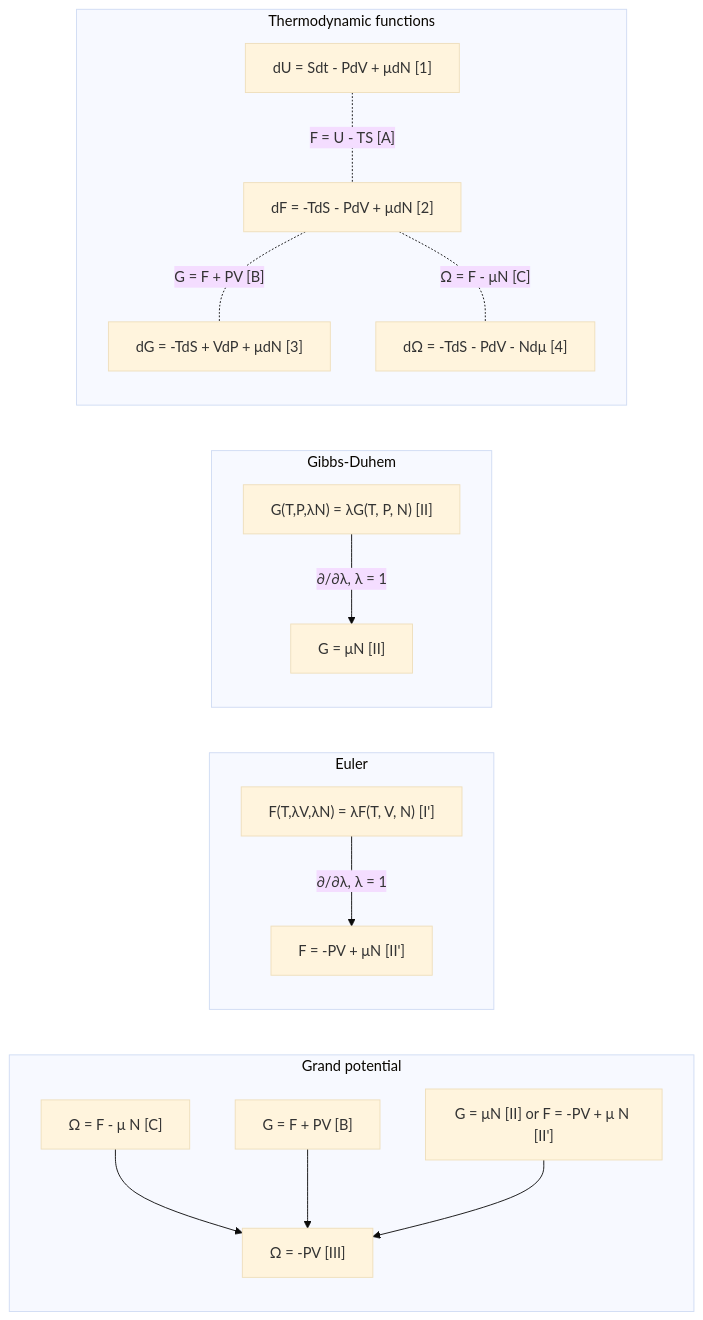
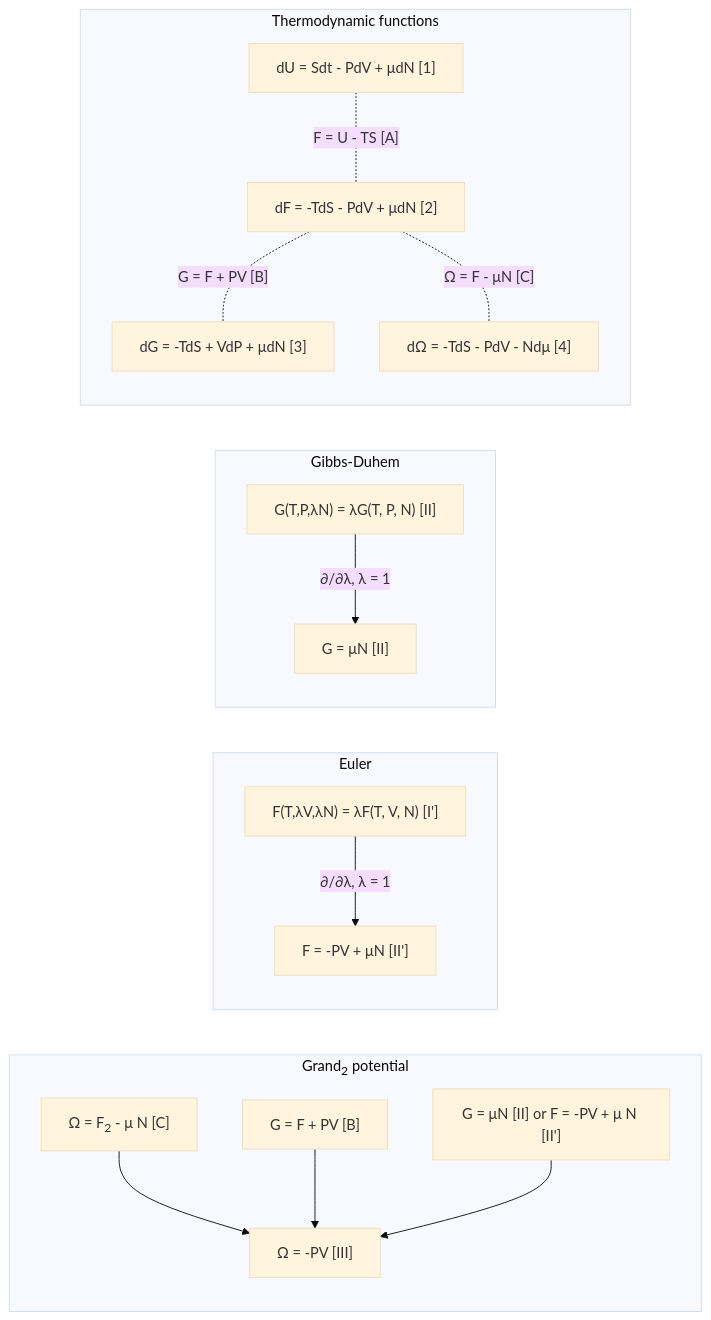
The diagram in grand_canonical.md (yamato97/science), drawn with Mermaid (base theme) before and after one commit.

````diff
--- a/grand_canonical.md
+++ b/grand_canonical.md
@@ -9,19 +9,19 @@
 ```mermaid
 graph LR
-subgraph Grand potential
-EC["&Omega; = F - &mu; N [C]"]-->EIII["&Omega; = -PV [III]"]
+subgraph "Grand<sub>2</sub> potential"
+EC["&Omega; = F<sub>2</sub> - &mu; N [C]"]-->EIII["&Omega; = -PV [III]"]
 EB["G = F + PV [B]"]-->EIII
 EIIdash["G = &mu;N [II] or F = -PV + &mu; N [II']"]-->EIII
 end
 subgraph Euler
 EI'["F(T,&lambda;V,&lambda;N) = &lambda;F(T, V, N) [I']"]-->|"&part;/&part;&lambda;, &lambda; = 1"|EII'["F = -PV + &mu;N [II']"]
 end
 subgraph Gibbs-Duhem
 EI["G(T,P,&lambda;N) = &lambda;G(T, P, N) [II]"]-->|"&part;/&part;&lambda;, &lambda; = 1"|EII["G = &mu;N [II]"]
 end
 subgraph Thermodynamic functions
 E1["dU = Sdt - PdV + &mu;dN [1]"]-.-|"F = U - TS [A]"|E2["dF = -TdS - PdV + &mu;dN [2]"]
 E2-.-|"G = F + PV [B]"|E3["dG = -TdS + VdP + &mu;dN [3]"]
 E2-.-|"&Omega; = F - &mu;N [C]"|E4["d&Omega; = -TdS - PdV - Nd&mu; [4]"]
 end
 ```
````
